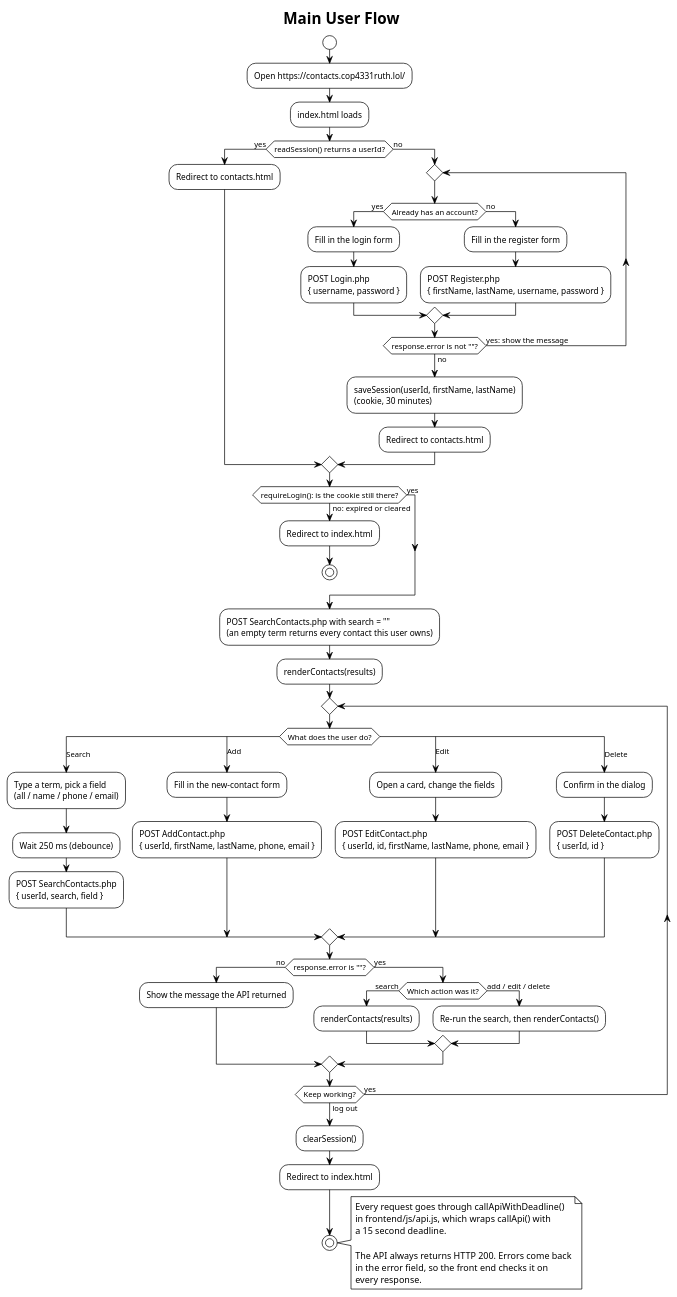
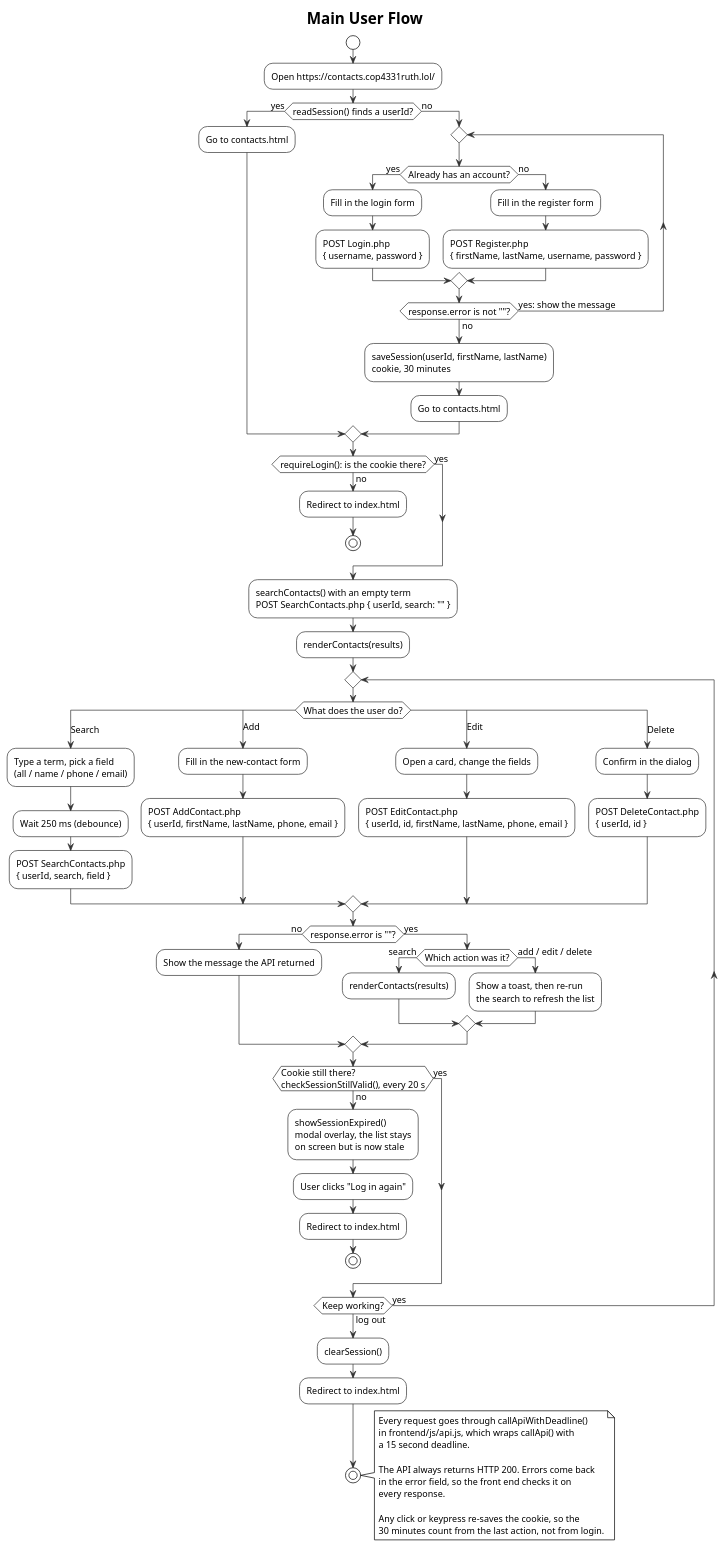
Before and after one commit to polter-dev/Poosd-Small-Project: the diagram in docs/uml/activity.puml, drawn with PlantUML. The commit also changed 9 other files, not shown here.

First line of the commit message:
Verify the three UML diagrams against the merged code

```diff
--- a/docs/uml/activity.puml
+++ b/docs/uml/activity.puml
@@ -1,98 +1,116 @@
 @startuml activity
 ' Contact Manager -- activity diagram
-' Mirrors the real flow in frontend/js/auth.js and frontend/js/contacts.js.
+' Traced from frontend/js/auth.js and frontend/js/contacts.js.
 
 !theme plain
+
+skinparam defaultFontName Verdana
+skinparam defaultFontSize 13
 skinparam shadowing false
 skinparam ActivityBackgroundColor White
-skinparam ActivityBorderColor Black
+skinparam ActivityBorderColor #333333
 skinparam ActivityDiamondBackgroundColor White
+skinparam ActivityDiamondBorderColor #333333
+skinparam ArrowColor #333333
 
 title Main User Flow
 
 start
 
 :Open https://contacts.cop4331ruth.lol/;
-:index.html loads;
 
-if (readSession() returns a userId?) then (yes)
-  :Redirect to contacts.html;
+if (readSession() finds a userId?) then (yes)
+  :Go to contacts.html;
 else (no)
 
   repeat
     if (Already has an account?) then (yes)
       :Fill in the login form;
       :POST Login.php
       { username, password };
     else (no)
       :Fill in the register form;
       :POST Register.php
       { firstName, lastName, username, password };
     endif
   repeat while (response.error is not ""?) is (yes: show the message) not (no)
 
   :saveSession(userId, firstName, lastName)
-  (cookie, 30 minutes);
-  :Redirect to contacts.html;
+  cookie, 30 minutes;
+  :Go to contacts.html;
 endif
 
-if (requireLogin(): is the cookie still there?) then (no: expired or cleared)
+if (requireLogin(): is the cookie there?) then (no)
   :Redirect to index.html;
   stop
 else (yes)
 endif
 
-:POST SearchContacts.php with search = ""
-(an empty term returns every contact this user owns);
+:searchContacts() with an empty term
+POST SearchContacts.php { userId, search: "" };
 :renderContacts(results);
 
 repeat
   switch (What does the user do?)
   case (Search)
     :Type a term, pick a field
     (all / name / phone / email);
     :Wait 250 ms (debounce);
     :POST SearchContacts.php
     { userId, search, field };
   case (Add)
     :Fill in the new-contact form;
     :POST AddContact.php
     { userId, firstName, lastName, phone, email };
   case (Edit)
     :Open a card, change the fields;
     :POST EditContact.php
     { userId, id, firstName, lastName, phone, email };
   case (Delete)
     :Confirm in the dialog;
     :POST DeleteContact.php
     { userId, id };
   endswitch
 
   if (response.error is ""?) then (no)
     :Show the message the API returned;
   else (yes)
     if (Which action was it?) then (search)
       :renderContacts(results);
     else (add / edit / delete)
-      :Re-run the search, then renderContacts();
+      :Show a toast, then re-run
+      the search to refresh the list;
     endif
+  endif
+
+  if (Cookie still there?\ncheckSessionStillValid(), every 20 s) then (no)
+    :showSessionExpired()
+    modal overlay, the list stays
+    on screen but is now stale;
+    :User clicks "Log in again";
+    :Redirect to index.html;
+    stop
+  else (yes)
   endif
 
 repeat while (Keep working?) is (yes) not (log out)
 
 :clearSession();
 :Redirect to index.html;
 
 stop
 
 note right
   Every request goes through callApiWithDeadline()
   in frontend/js/api.js, which wraps callApi() with
   a 15 second deadline.
 
   The API always returns HTTP 200. Errors come back
   in the error field, so the front end checks it on
   every response.
+
+  Any click or keypress re-saves the cookie, so the
+  30 minutes count from the last action, not from login.
 end note
 
 @enduml
```
